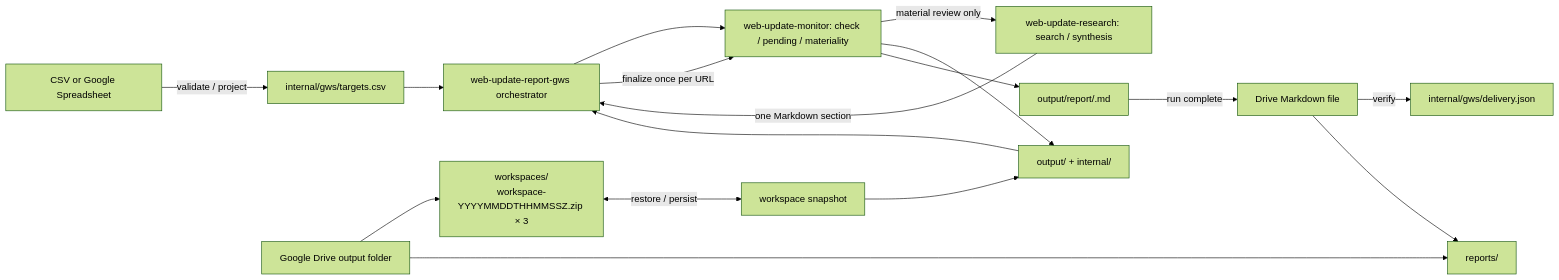
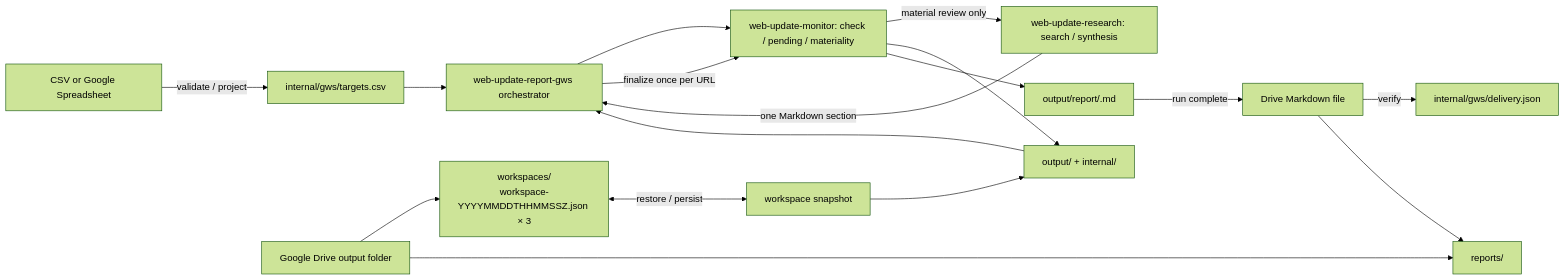
Before and after one commit to dceoy/wsum: the diagram in skills/web-update-report-gws/SKILL.md, drawn with Mermaid (forest theme). The commit also changed other lines of this file and 5 other files, not shown here.

````diff
--- a/skills/web-update-report-gws/SKILL.md
+++ b/skills/web-update-report-gws/SKILL.md
@@ -50,19 +62,19 @@
 ```mermaid
 flowchart LR
     GS["CSV or Google Spreadsheet"] -->|validate / project| CSV["internal/gws/targets.csv"]
-    DP["Google Drive output folder"] --> DS["workspaces/<br/>workspace-YYYYMMDDTHHMMSSZ.zip × 3"]
+    DP["Google Drive output folder"] --> DS["workspaces/<br/>workspace-YYYYMMDDTHHMMSSZ.json × 3"]
     DP --> DR["reports/"]
     DS <-->|restore / persist| WS["workspace snapshot"]
     WS --> WORKSPACE["output/ + internal/"]
     CSV --> ORCH["web-update-report-gws orchestrator"]
     WORKSPACE --> ORCH
     ORCH --> CORE["web-update-monitor: check / pending / materiality"]
     CORE -->|material review only| RESEARCH["web-update-research: search / synthesis"]
     RESEARCH -->|one Markdown section| ORCH
     ORCH -->|finalize once per URL| CORE
     CORE --> WORKSPACE
     CORE --> REPORT["output/report/<run-id>.md"]
     REPORT -->|run complete| GMD["Drive Markdown file"]
     GMD -->|verify| DELIVERY["internal/gws/delivery.json"]
     GMD --> DR
 ```
````
